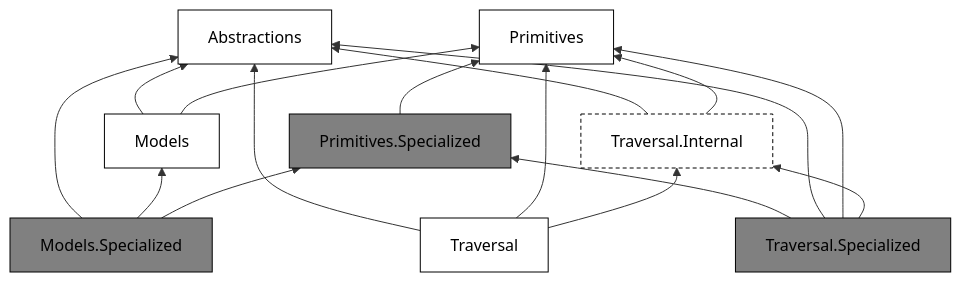
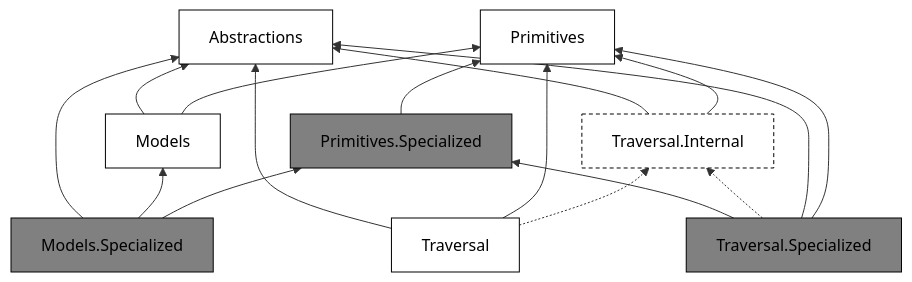
The diagram in tools/agents/kiro/steering/product.md (qbit86/arborescence), drawn with Mermaid before and after one commit.

Commit message:
[Traversal] Update flowchart to reflect non-dependency on Traversal.Internal

````diff
--- a/tools/agents/kiro/steering/product.md
+++ b/tools/agents/kiro/steering/product.md
@@ -21,33 +21,33 @@
 ```mermaid
 flowchart BT
     Abstractions
     Primitives
     Models
     PrimitivesSpecialized["Primitives.Specialized"]
     TraversalInternal["Traversal.Internal"]
     Traversal
     ModelsSpecialized["Models.Specialized"]
     TraversalSpecialized["Traversal.Specialized"]
 
     Models --> Abstractions
     Models --> Primitives
     PrimitivesSpecialized --> Primitives
     TraversalInternal --> Abstractions
     TraversalInternal --> Primitives
     Traversal --> Abstractions
     Traversal --> Primitives
-    Traversal --> TraversalInternal
+    Traversal -.-> TraversalInternal
     ModelsSpecialized --> Abstractions
     ModelsSpecialized --> Models
     ModelsSpecialized --> PrimitivesSpecialized
     TraversalSpecialized --> PrimitivesSpecialized
+    TraversalSpecialized -.-> TraversalInternal
     TraversalSpecialized --> Abstractions
     TraversalSpecialized --> Primitives
-    TraversalSpecialized --> TraversalInternal
 
     classDef default fill:white,stroke:black,color:black
     classDef specialized fill:grey,stroke:black,color:black
     classDef internal fill:white,stroke:black,color:black,stroke-dasharray:4 3
     class PrimitivesSpecialized,ModelsSpecialized,TraversalSpecialized specialized
     class TraversalInternal internal
 ```
````
